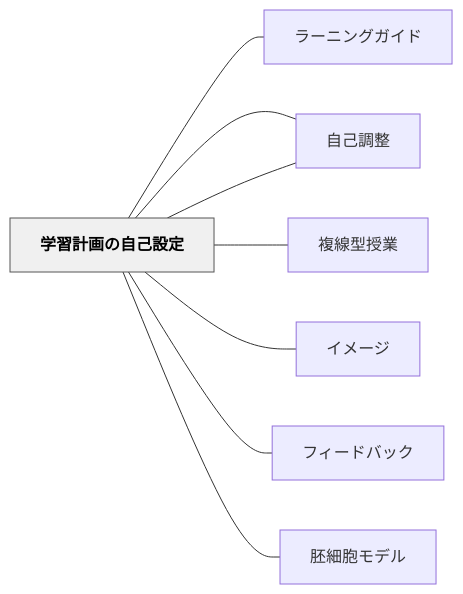
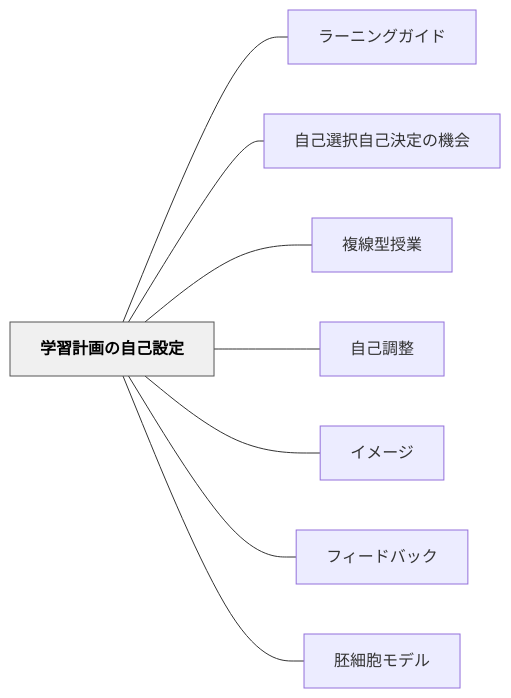
One commit to unknownthings-ed-patterns/unknownthings-ed-patterns changed the diagram in content/パタン/学習計画の自己設定.md. Above: the diagram before and after it, drawn with Mermaid. The commit also changed 527 other files, not shown here.

````diff
--- a/content/パタン/学習計画の自己設定.md
+++ b/content/パタン/学習計画の自己設定.md
@@ -76,22 +76,22 @@
 ```mermaid
 flowchart LR
-    ne5ada6e7bf92["学習計画の自己設定"]
-    ne383a9e383bc["ラーニングガイド"]
-    ne887aae5b7b1["自己選択自己決定の機会"]
-    ne8a487e7b79a["複線型授業"]
-    ne887aae5b7b1["自己調整"]
-    ne382a4e383a1["イメージ"]
-    ne38395e382a3["フィードバック"]
-    ne8839ae7b4b0["胚細胞モデル"]
+    ne5ada6e7bf92e8a888e794bbe381aee887aae5b7b1e8a8ade5ae9a["学習計画の自己設定"]
+    ne383a9e383bce3838be383b3e382b0e382ace382a4e38389["ラーニングガイド"]
+    ne887aae5b7b1e981b8e68a9ee887aae5b7b1e6b1bae5ae9ae381aee6a99fe4bc9a["自己選択自己決定の機会"]
+    ne8a487e7b79ae59e8be68e88e6a5ad["複線型授業"]
+    ne887aae5b7b1e8aabfe695b4["自己調整"]
+    ne382a4e383a1e383bce382b8["イメージ"]
+    ne38395e382a3e383bce38389e38390e38383e382af["フィードバック"]
+    ne8839ae7b4b0e8839ee383a2e38387e383ab["胚細胞モデル"]
 
-    ne5ada6e7bf92 --- ne383a9e383bc
-    ne5ada6e7bf92 --- ne887aae5b7b1
-    ne5ada6e7bf92 --- ne8a487e7b79a
-    ne5ada6e7bf92 --- ne887aae5b7b1
-    ne5ada6e7bf92 --- ne382a4e383a1
-    ne5ada6e7bf92 --- ne38395e382a3
-    ne5ada6e7bf92 --- ne8839ae7b4b0
+    ne5ada6e7bf92e8a888e794bbe381aee887aae5b7b1e8a8ade5ae9a --- ne383a9e383bce3838be383b3e382b0e382ace382a4e38389
+    ne5ada6e7bf92e8a888e794bbe381aee887aae5b7b1e8a8ade5ae9a --- ne887aae5b7b1e981b8e68a9ee887aae5b7b1e6b1bae5ae9ae381aee6a99fe4bc9a
+    ne5ada6e7bf92e8a888e794bbe381aee887aae5b7b1e8a8ade5ae9a --- ne8a487e7b79ae59e8be68e88e6a5ad
+    ne5ada6e7bf92e8a888e794bbe381aee887aae5b7b1e8a8ade5ae9a --- ne887aae5b7b1e8aabfe695b4
+    ne5ada6e7bf92e8a888e794bbe381aee887aae5b7b1e8a8ade5ae9a --- ne382a4e383a1e383bce382b8
+    ne5ada6e7bf92e8a888e794bbe381aee887aae5b7b1e8a8ade5ae9a --- ne38395e382a3e383bce38389e38390e38383e382af
+    ne5ada6e7bf92e8a888e794bbe381aee887aae5b7b1e8a8ade5ae9a --- ne8839ae7b4b0e8839ee383a2e38387e383ab
 
     classDef hub fill:#f0f0f0,stroke:#555,color:#000,font-weight:bold
-    class ne5ada6e7bf92 hub
+    class ne5ada6e7bf92e8a888e794bbe381aee887aae5b7b1e8a8ade5ae9a hub
 ```
````
